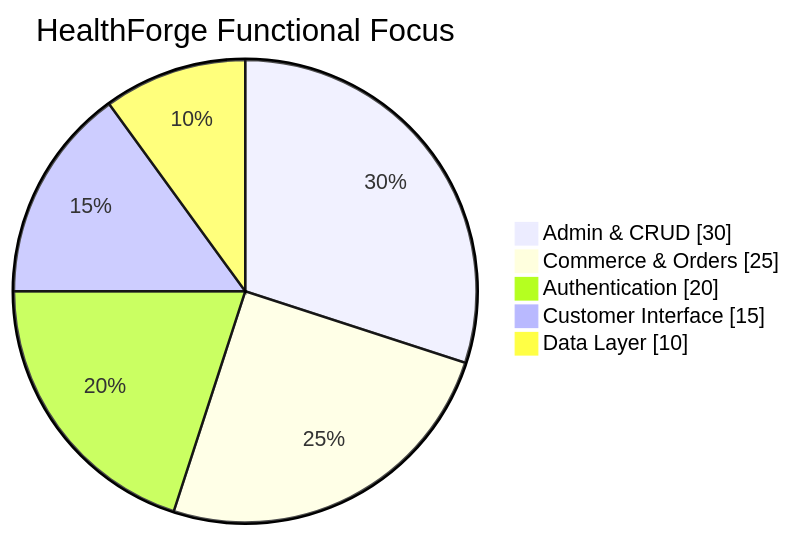
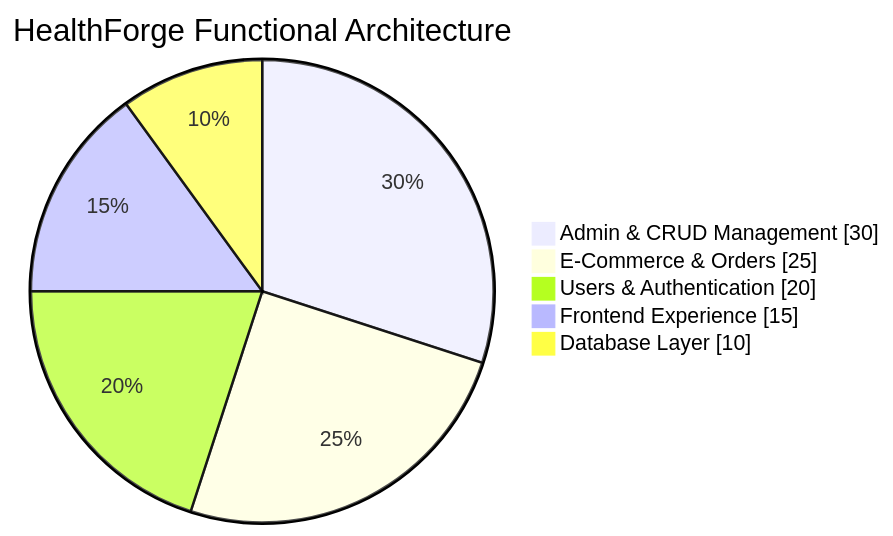
The sixth of 10 diagrams in README.md (Ahamed369/HealthForge-Fitness-Web-Application), drawn with Mermaid before and after one commit. The commit also changed other lines of this file, not shown here.

````diff
--- a/README.md
+++ b/README.md
@@ -316,9 +499,9 @@
 ```mermaid
 pie showData
-    title HealthForge Functional Focus
-    "Admin & CRUD" : 30
-    "Commerce & Orders" : 25
-    "Authentication" : 20
-    "Customer Interface" : 15
-    "Data Layer" : 10
+    title HealthForge Functional Architecture
+    "Admin & CRUD Management" : 30
+    "E-Commerce & Orders" : 25
+    "Users & Authentication" : 20
+    "Frontend Experience" : 15
+    "Database Layer" : 10
 ```
````
